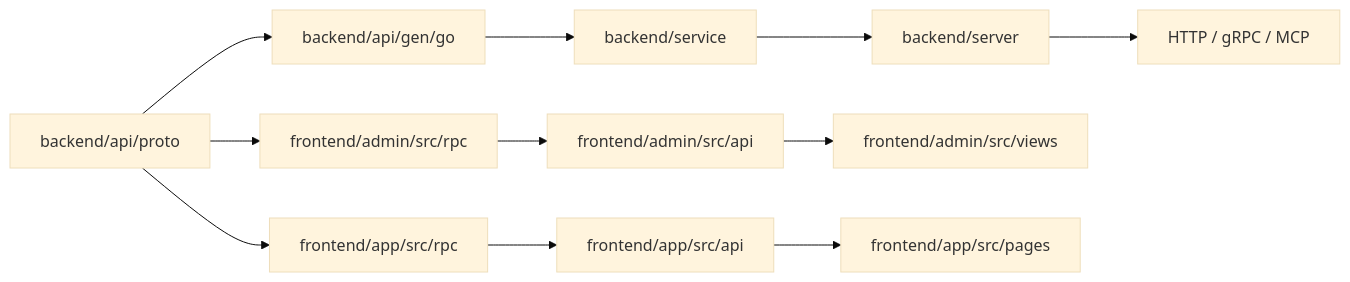
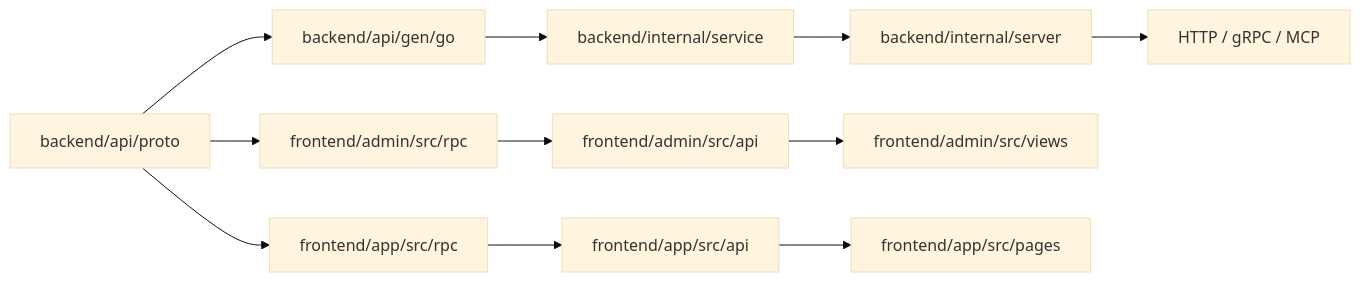
One commit to liujitcn/kratos-admin changed the diagram in docs/服务接入指南.md. Above: the diagram before and after it, drawn with Mermaid (base theme). The commit also changed other lines of this file and 472 other files, not shown here.

````diff
--- a/docs/服务接入指南.md
+++ b/docs/服务接入指南.md
@@ -7,13 +7,13 @@
 ```mermaid
 flowchart LR
   Proto["backend/api/proto"] --> Go["backend/api/gen/go"]
   Proto --> AdminTS["frontend/admin/src/rpc"]
   Proto --> AppTS["frontend/app/src/rpc"]
-  Go --> Service["backend/service"]
-  Service --> Server["backend/server"]
+  Go --> Service["backend/internal/service"]
+  Service --> Server["backend/internal/server"]
   Server --> HTTP["HTTP / gRPC / MCP"]
   AdminTS --> AdminAPI["frontend/admin/src/api"]
   AdminAPI --> AdminView["frontend/admin/src/views"]
   AppTS --> AppAPI["frontend/app/src/api"]
   AppAPI --> AppPage["frontend/app/src/pages"]
 ```
````
